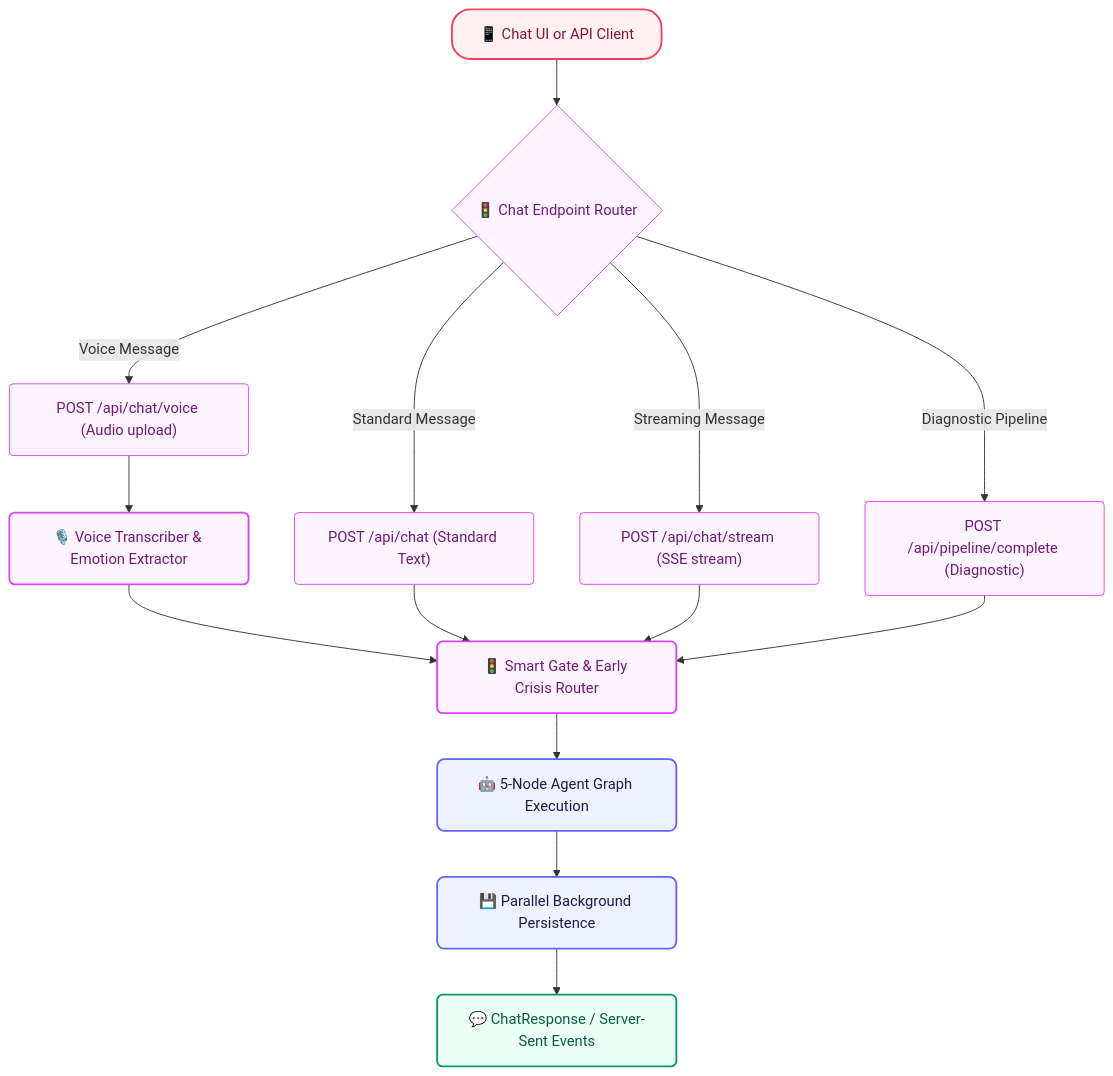
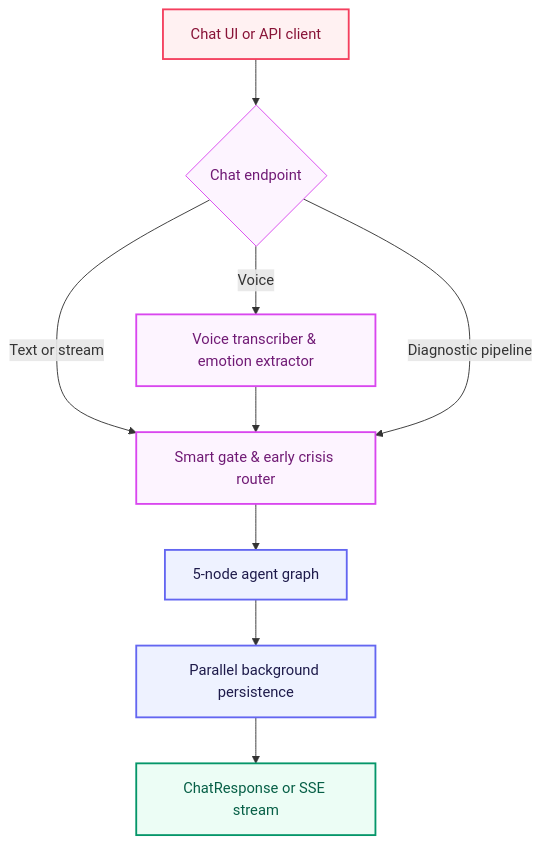
Before and after one commit to taha-mehmood-03/Personlaized-Trainer-Using-Agentic-AI: diagram 16 of 18 in README.md, drawn with Mermaid. The commit also changed other lines of this file and 36 other files, not shown here.

````diff
--- a/README.md
+++ b/README.md
@@ -1339,37 +1089,22 @@
 ```mermaid
 flowchart TD
-    %% Class Definitions
-    classDef client fill:#FFF1F2,stroke:#F43F5E,stroke-width:2px,color:#881337,rx:20px,ry:20px;
-    classDef route fill:#FDF4FF,stroke:#D946EF,stroke-width:1px,color:#701A75,rx:4px,ry:4px;
-    classDef node fill:#FDF4FF,stroke:#D946EF,stroke-width:2px,color:#701A75,rx:6px,ry:6px;
-    classDef main fill:#EEF2FF,stroke:#6366F1,stroke-width:2px,color:#1E1B4B,rx:8px,ry:8px;
-    classDef output fill:#ECFDF5,stroke:#059669,stroke-width:2px,color:#065F46,rx:6px,ry:6px;
+    classDef client fill:#FFF1F2,stroke:#F43F5E,stroke-width:2px,color:#881337
+    classDef route fill:#FDF4FF,stroke:#D946EF,stroke-width:1px,color:#701A75
+    classDef node fill:#FDF4FF,stroke:#D946EF,stroke-width:2px,color:#701A75
+    classDef main fill:#EEF2FF,stroke:#6366F1,stroke-width:2px,color:#1E1B4B
+    classDef output fill:#ECFDF5,stroke:#059669,stroke-width:2px,color:#065F46
 
-    ChatClient["📱 Chat UI or API Client"]:::client
-    ChatEntry{"🚦 Chat Endpoint Router"}:::route
-    Standard["POST /api/chat (Standard Text)"]:::route
-    Stream["POST /api/chat/stream (SSE stream)"]:::route
-    Voice["POST /api/chat/voice (Audio upload)"]:::route
-    Pipeline["POST /api/pipeline/complete (Diagnostic)"]:::route
-    
-    Audio["🎙️ Voice Transcriber & Emotion Extractor"]:::node
-    SmartGate["🚦 Smart Gate & Early Crisis Router"]:::node
-    Graph["🤖 5-Node Agent Graph Execution"]:::main
-    Persist["💾 Parallel Background Persistence"]:::main
-    Response["💬 ChatResponse / Server-Sent Events"]:::output
+    ChatClient["Chat UI or API client"]:::client
+    Entry{"Chat endpoint"}:::route
+    Audio["Voice transcriber & emotion extractor"]:::node
+    SmartGate["Smart gate & early crisis router"]:::node
+    Graph["5-node agent graph"]:::main
+    Persist["Parallel background persistence"]:::main
+    Response["ChatResponse or SSE stream"]:::output
 
-    ChatClient --> ChatEntry
-    ChatEntry -- Standard Message --> Standard
-    ChatEntry -- Streaming Message --> Stream
-    ChatEntry -- Voice Message --> Voice
-    ChatEntry -- Diagnostic Pipeline --> Pipeline
-    
-    Voice --> Audio
-    Audio --> SmartGate
-    Standard --> SmartGate
-    Stream --> SmartGate
-    Pipeline --> SmartGate
-    SmartGate --> Graph
-    Graph --> Persist
-    Persist --> Response
+    ChatClient --> Entry
+    Entry -- Text or stream --> SmartGate
+    Entry -- Voice --> Audio --> SmartGate
+    Entry -- Diagnostic pipeline --> SmartGate
+    SmartGate --> Graph --> Persist --> Response
 ```
````
